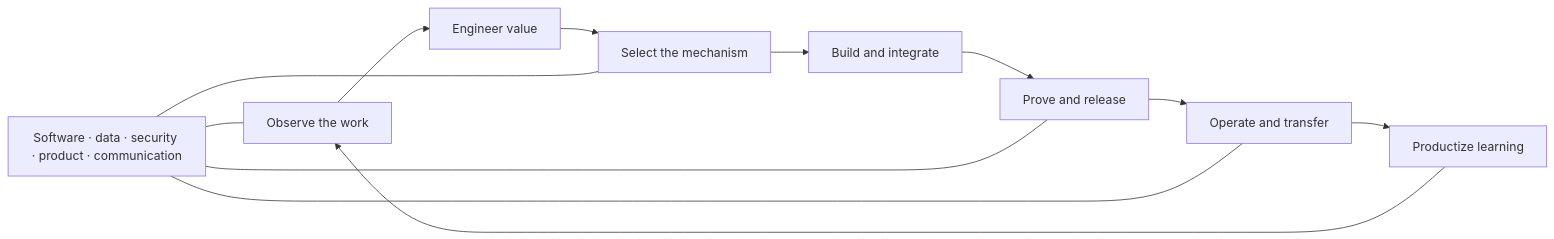
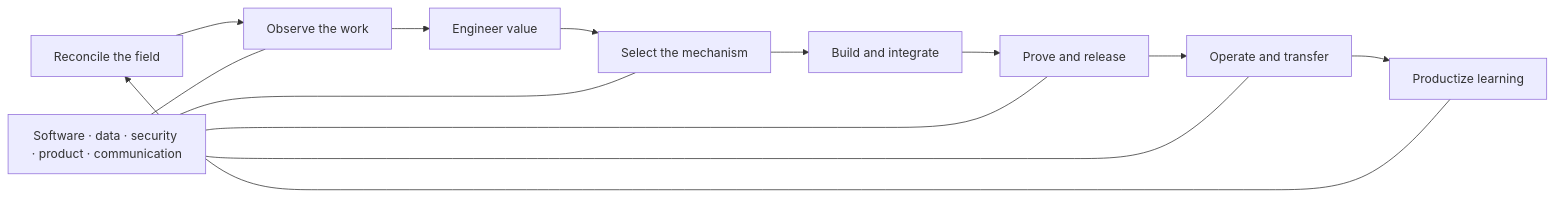
Before and after one commit to davidahmann/fde-guide: the diagram in guide/capability-roadmap.md, drawn with Mermaid. The commit also changed other lines of this file and 42 other files, not shown here.

````diff
--- a/guide/capability-roadmap.md
+++ b/guide/capability-roadmap.md
@@ -27,15 +27,16 @@
 ```mermaid
 flowchart LR
-    O["Observe the work"] --> V["Engineer value"]
+    A["Reconcile the field"] --> O["Observe the work"]
+    O --> V["Engineer value"]
     V --> M["Select the mechanism"]
     M --> B["Build and integrate"]
     B --> P["Prove and release"]
     P --> R["Operate and transfer"]
     R --> L["Productize learning"]
-    L --> O
+    L --> A
 
     F["Software · data · security · product · communication"] --- O
     F --- M
     F --- P
     F --- R
 ```
````
